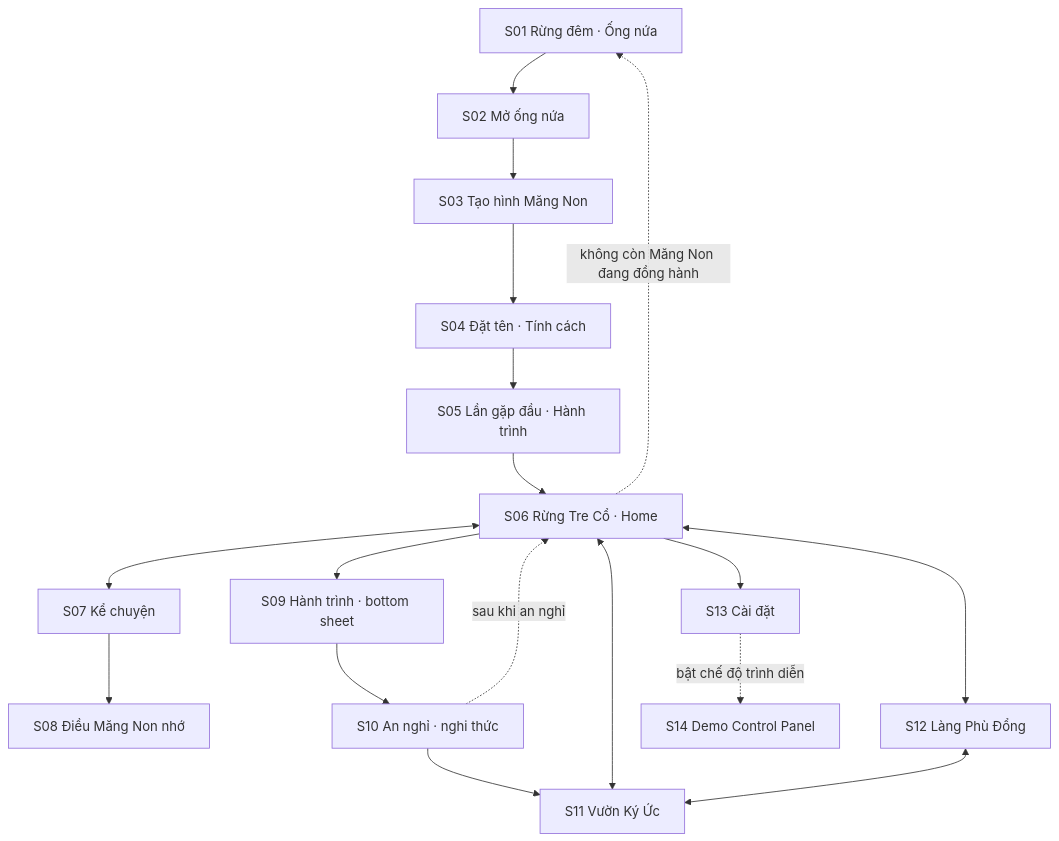
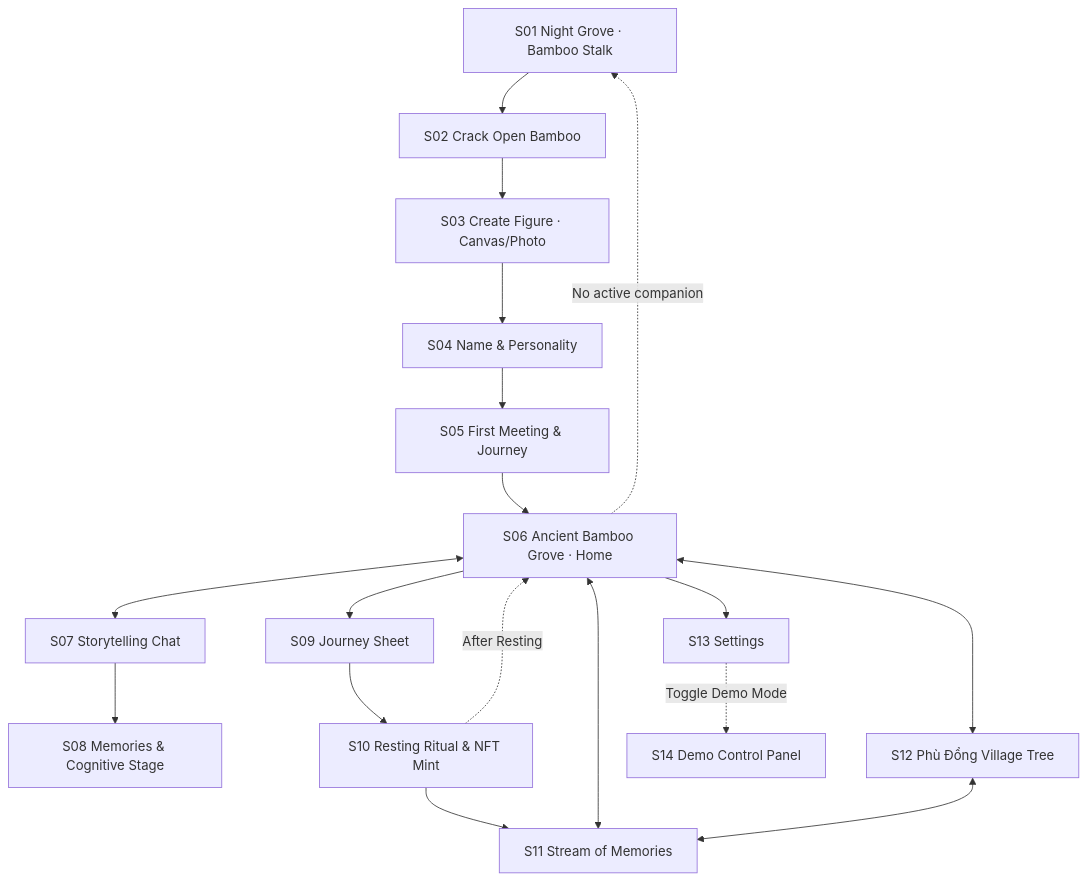
One commit to Bubusr/TEAM1_UNIHACK_2026 changed the diagram in Idea03_MangNon_Antigravity_Prompt.md. Above: the diagram before and after it, drawn with Mermaid. The commit also changed other lines of this file and 45 other files, not shown here.

````diff
--- a/Idea03_MangNon_Antigravity_Prompt.md
+++ b/Idea03_MangNon_Antigravity_Prompt.md
@@ -115,20 +109,20 @@
 ```mermaid
 flowchart TD
-  S01[S01 Rừng đêm · Ống nứa] --> S02[S02 Mở ống nứa]
-  S02 --> S03[S03 Tạo hình Măng Non]
-  S03 --> S04[S04 Đặt tên · Tính cách]
-  S04 --> S05[S05 Lần gặp đầu · Hành trình]
-  S05 --> S06[S06 Rừng Tre Cổ · Home]
-  S06 <--> S07[S07 Kể chuyện]
-  S07 --> S08[S08 Điều Măng Non nhớ]
-  S06 --> S09[S09 Hành trình · bottom sheet]
-  S09 --> S10[S10 An nghỉ · nghi thức]
-  S10 --> S11[S11 Vườn Ký Ức]
-  S06 <--> S12[S12 Làng Phù Đổng]
+  S01[S01 Night Grove · Bamboo Stalk] --> S02[S02 Crack Open Bamboo]
+  S02 --> S03[S03 Create Figure · Canvas/Photo]
+  S03 --> S04[S04 Name & Personality]
+  S04 --> S05[S05 First Meeting & Journey]
+  S05 --> S06[S06 Ancient Bamboo Grove · Home]
+  S06 <--> S07[S07 Storytelling Chat]
+  S07 --> S08[S08 Memories & Cognitive Stage]
+  S06 --> S09[S09 Journey Sheet]
+  S09 --> S10[S10 Resting Ritual & NFT Mint]
+  S10 --> S11[S11 Stream of Memories]
+  S06 <--> S12[S12 Phù Đổng Village Tree]
   S06 <--> S11
   S12 <--> S11
-  S06 --> S13[S13 Cài đặt]
-  S13 -.bật chế độ trình diễn.-> S14[S14 Demo Control Panel]
-  S10 -.sau khi an nghỉ.-> S06
-  S06 -.không còn Măng Non đang đồng hành.-> S01
+  S06 --> S13[S13 Settings]
+  S13 -.Toggle Demo Mode.-> S14[S14 Demo Control Panel]
+  S10 -.After Resting.-> S06
+  S06 -.No active companion.-> S01
 ```
````
